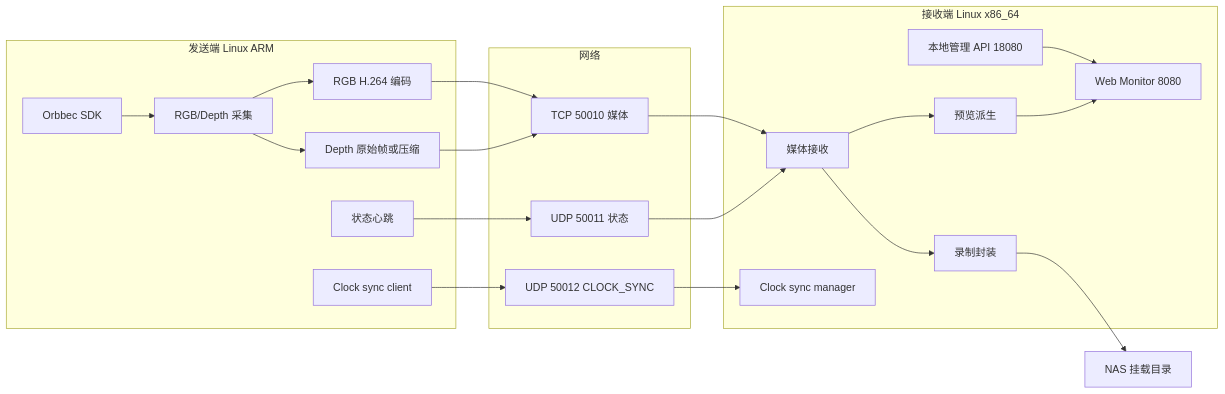
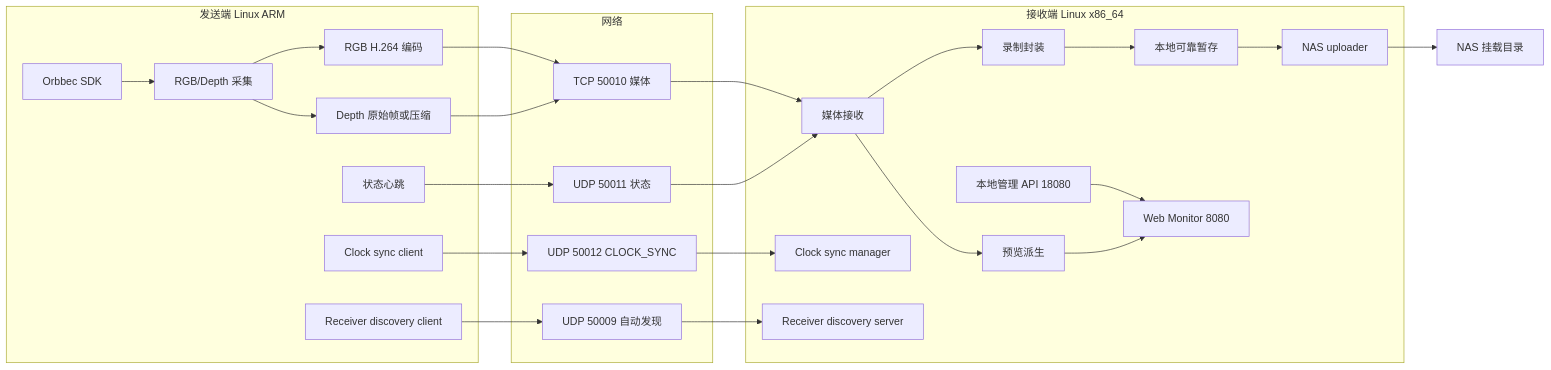
The diagram in 04_docs/architecture.md (RealityLoopAI/wireless_video_delivery), drawn with Mermaid before and after one commit. The commit also changed other lines of this file and 49 other files, not shown here.

Commit message:
feat: add field network and NAS discovery

````diff
--- a/04_docs/architecture.md
+++ b/04_docs/architecture.md
@@ -9,44 +9,53 @@
 ```mermaid
 flowchart LR
   subgraph Sender[发送端 Linux ARM]
     sdk[Orbbec SDK]
     capture[RGB/Depth 采集]
     rgbenc[RGB H.264 编码]
     depthpack[Depth 原始帧或压缩]
     status[状态心跳]
     clocks[Clock sync client]
+    discovery[Receiver discovery client]
   end
 
   subgraph Network[网络]
     tcp[TCP 50010 媒体]
     udp[UDP 50011 状态]
     clockudp[UDP 50012 CLOCK_SYNC]
+    discoveryudp[UDP 50009 自动发现]
   end
 
   subgraph Receiver[接收端 Linux x86_64]
     media[媒体接收]
     admin[本地管理 API 18080]
     record[录制封装]
     preview[预览派生]
     clockmgr[Clock sync manager]
+    discoveryserver[Receiver discovery server]
+    staging[本地可靠暂存]
+    uploader[NAS uploader]
     web[Web Monitor 8080]
   end
 
   nas[NAS 挂载目录]
 
   sdk --> capture
   capture --> rgbenc
   capture --> depthpack
   rgbenc --> tcp
   depthpack --> tcp
   status --> udp
   clocks --> clockudp
+  discovery --> discoveryudp
   tcp --> media
   udp --> media
   clockudp --> clockmgr
+  discoveryudp --> discoveryserver
   media --> record
   media --> preview
-  record --> nas
+  record --> staging
+  staging --> uploader
+  uploader --> nas
   admin --> web
   preview --> web
 ```
````
